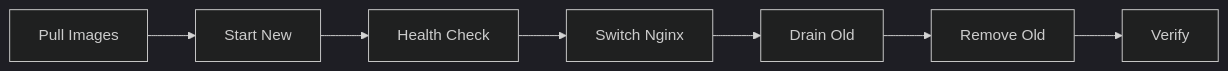
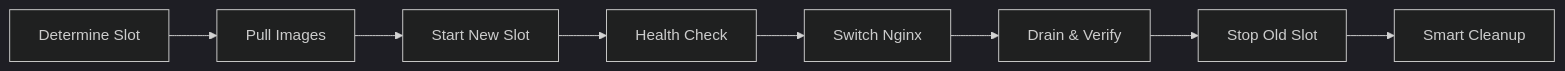
The fourth of 5 diagrams in IMPLEMENTATION-PLAN.md (Aleksei-Michnik/myfinpro), drawn with Mermaid (dark theme) before and after one commit. The commit also changed other lines of this file and 12 other files, not shown here.

Commit message:
feat(deploy): implement blue-green deployment with smart cleanup

````diff
--- a/IMPLEMENTATION-PLAN.md
+++ b/IMPLEMENTATION-PLAN.md
@@ -653,9 +662,10 @@
 ```mermaid
 flowchart LR
-    A[Pull Images] --> B[Start New]
-    B --> C[Health Check]
-    C --> D[Switch Nginx]
-    D --> E[Drain Old]
-    E --> F[Remove Old]
-    F --> G[Verify]
+    A[Determine Slot] --> B[Pull Images]
+    B --> C[Start New Slot]
+    C --> D[Health Check]
+    D --> E[Switch Nginx]
+    E --> F[Drain & Verify]
+    F --> G[Stop Old Slot]
+    G --> H[Smart Cleanup]
 ```
````
